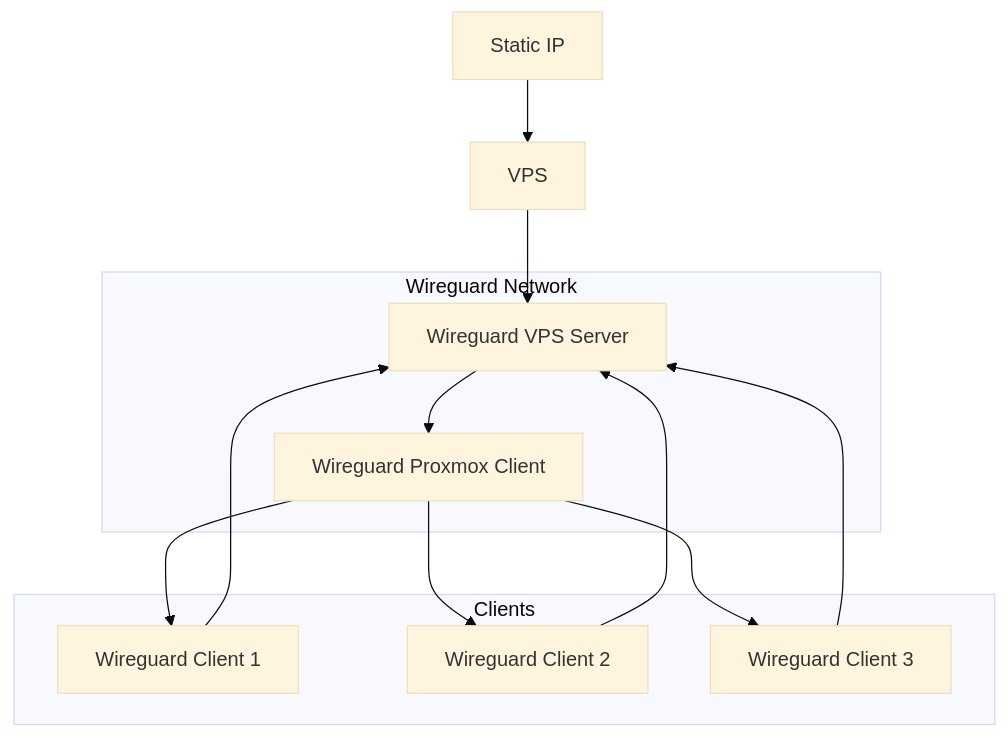
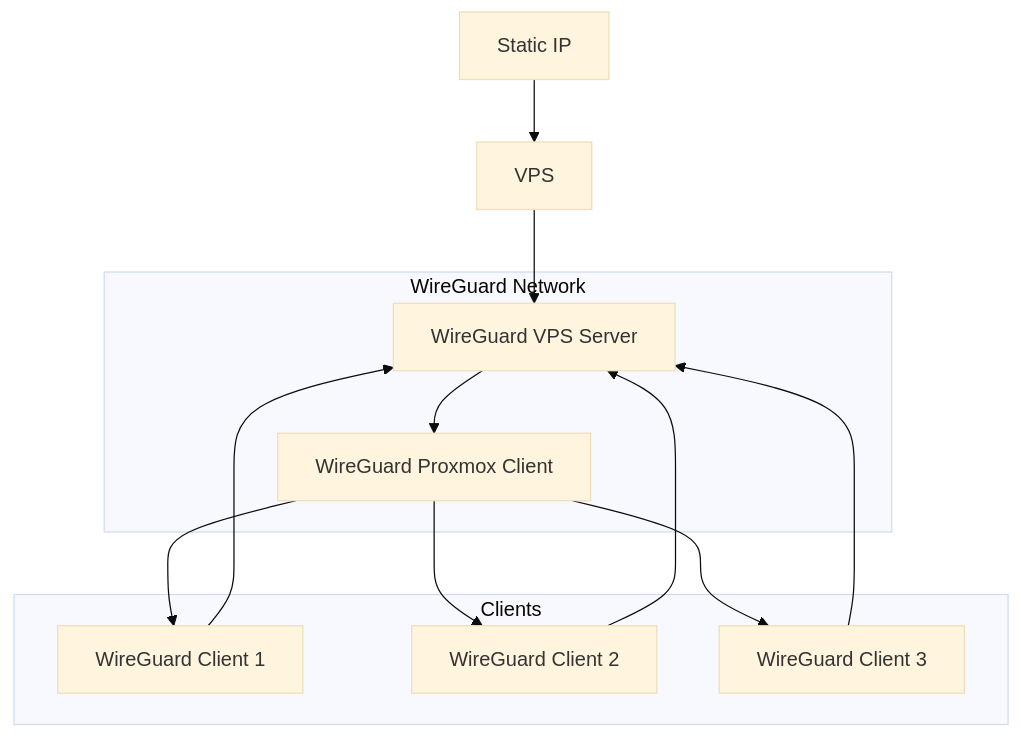
One commit to Umi4Life/umi4.life changed the diagram in content/posts/wireguard-network-setup/index.md. Above: the diagram before and after it, drawn with Mermaid (base theme). The commit also changed other lines of this file, not shown here.

````diff
--- a/content/posts/wireguard-network-setup/index.md
+++ b/content/posts/wireguard-network-setup/index.md
@@ -23,24 +23,24 @@
 ```mermaid
 flowchart TD
 
     %% Entry
     A[Static IP] --> B[VPS]
-    B --> C[Wireguard VPS Server]
+    B --> C[WireGuard VPS Server]
 
     %% Core
-    subgraph Wireguard Network
-        C --> D[Wireguard Proxmox Client]
+    subgraph WireGuard Network
+        C --> D[WireGuard Proxmox Client]
     end
 
     %% Core
     subgraph Clients
-        E[Wireguard Client 1] --> C
-        F[Wireguard Client 2] --> C
-        G[Wireguard Client 3] --> C
+        E[WireGuard Client 1] --> C
+        F[WireGuard Client 2] --> C
+        G[WireGuard Client 3] --> C
     end
 
     %% Advertise
     D --> E
     D --> F
     D --> G
 ```
````
